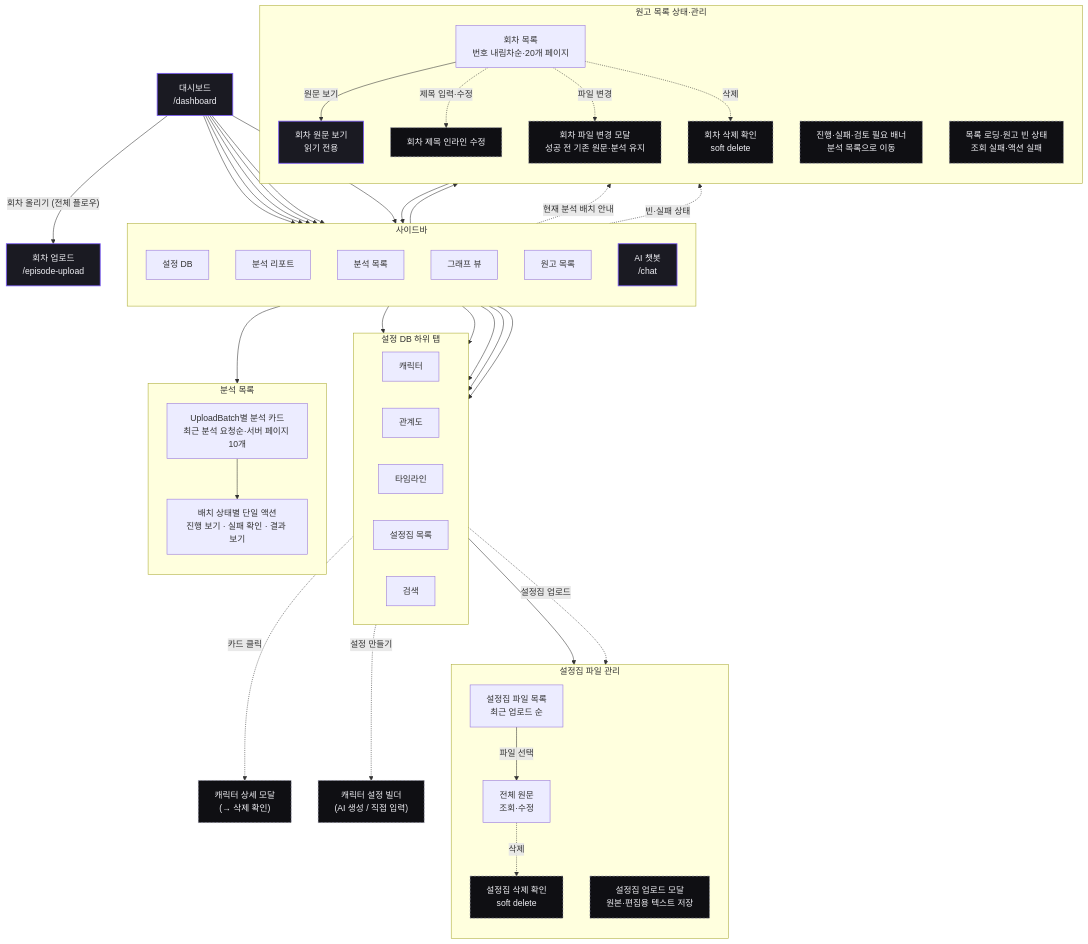
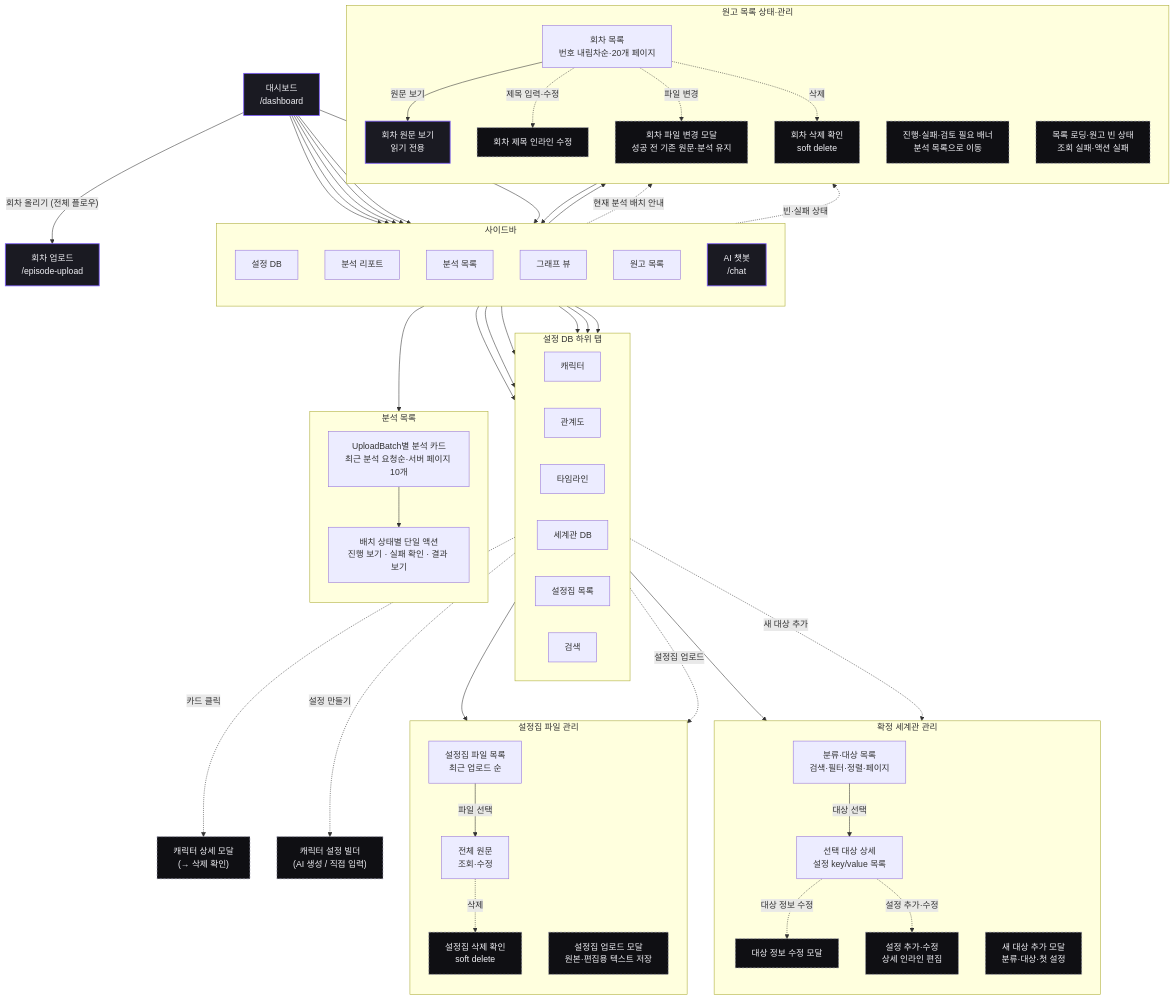
Before and after one commit to catchhole-soma/catchhole-front: the fifth of 7 diagrams in docs/screen-flow.md, drawn with Mermaid. The commit also changed other lines of this file and 12 other files, not shown here.

First line of the commit message:
docs(world-setting): 세계관 후보와 DB 설계를 정리한다

```diff
--- a/docs/screen-flow.md
+++ b/docs/screen-flow.md
@@ -259,10 +259,11 @@
     t_char["캐릭터"]
     t_rel["관계도"]
     t_time["타임라인"]
+    t_worlddb["세계관 DB"]
     t_world["설정집 목록"]
     t_search["검색"]
   end
-  nav_settingDB --> t_char & t_rel & t_time & t_world & t_search
+  nav_settingDB --> t_char & t_rel & t_time & t_worlddb & t_world & t_search
 
   subgraph ANALYSES["분석 목록"]
     direction TB
@@ -274,6 +275,21 @@
 
   t_char -. "카드 클릭" .-> m_chardetail["캐릭터 상세 모달<br/>(→ 삭제 확인)"]:::modal
   t_char -. "설정 만들기" .-> m_settings["캐릭터 설정 빌더<br/>(AI 생성 / 직접 입력)"]:::modal
+
+  subgraph WORLD_SETTINGS["확정 세계관 관리"]
+    direction TB
+    world_list["분류·대상 목록<br/>검색·필터·정렬·페이지"]
+    world_detail["선택 대상 상세<br/>설정 key/value 목록"]
+    world_create["새 대상 추가 모달<br/>분류·대상·첫 설정"]:::modal
+    world_edit["대상 정보 수정 모달"]:::modal
+    world_property["설정 추가·수정<br/>상세 인라인 편집"]:::modal
+  end
+
+  t_worlddb --> world_list
+  world_list -- "대상 선택" --> world_detail
+  t_worlddb -. "새 대상 추가" .-> world_create
+  world_detail -. "대상 정보 수정" .-> world_edit
+  world_detail -. "설정 추가·수정" .-> world_property
 
   subgraph SETTING_BOOKS["설정집 파일 관리"]
     direction TB
```
